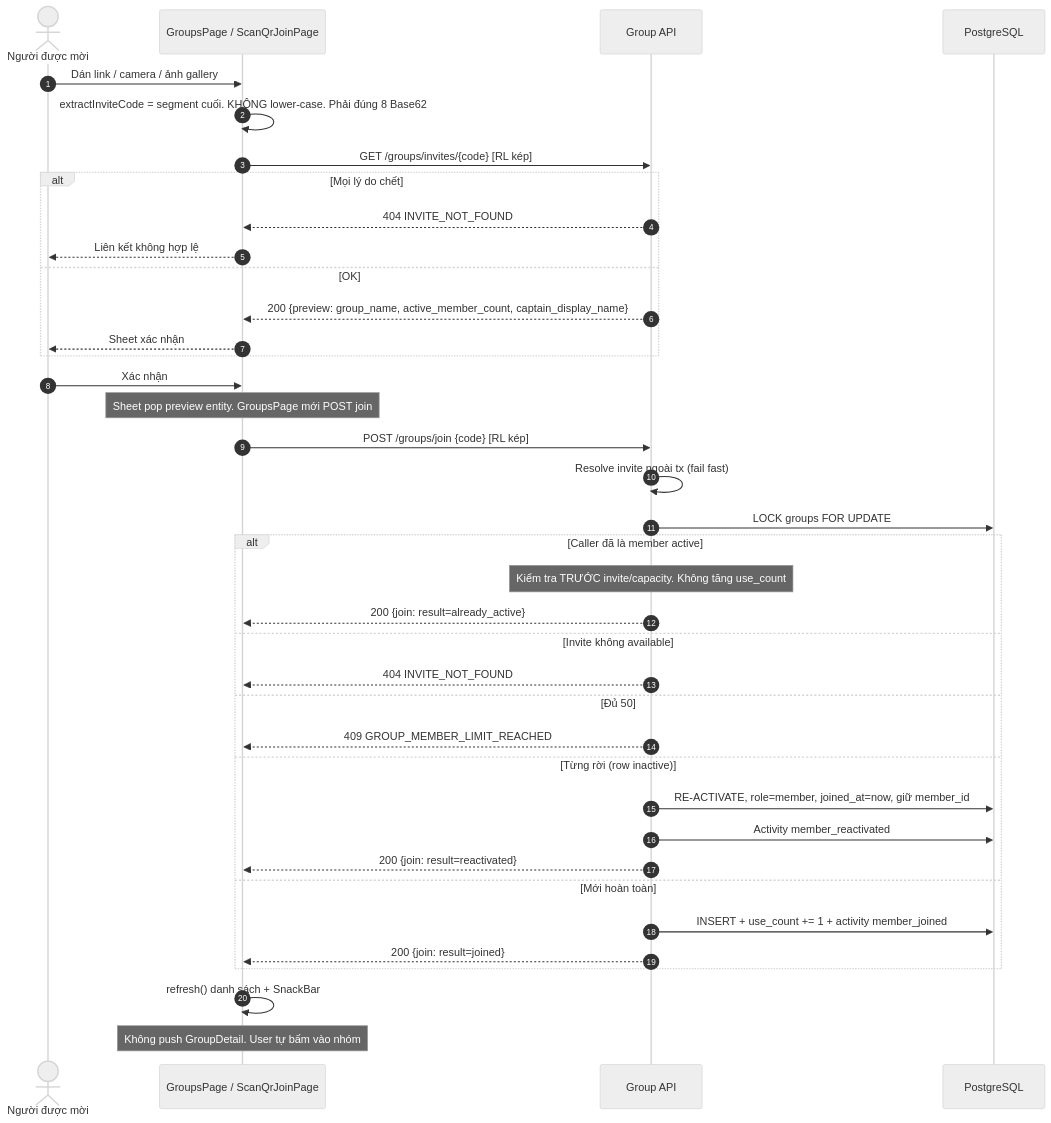
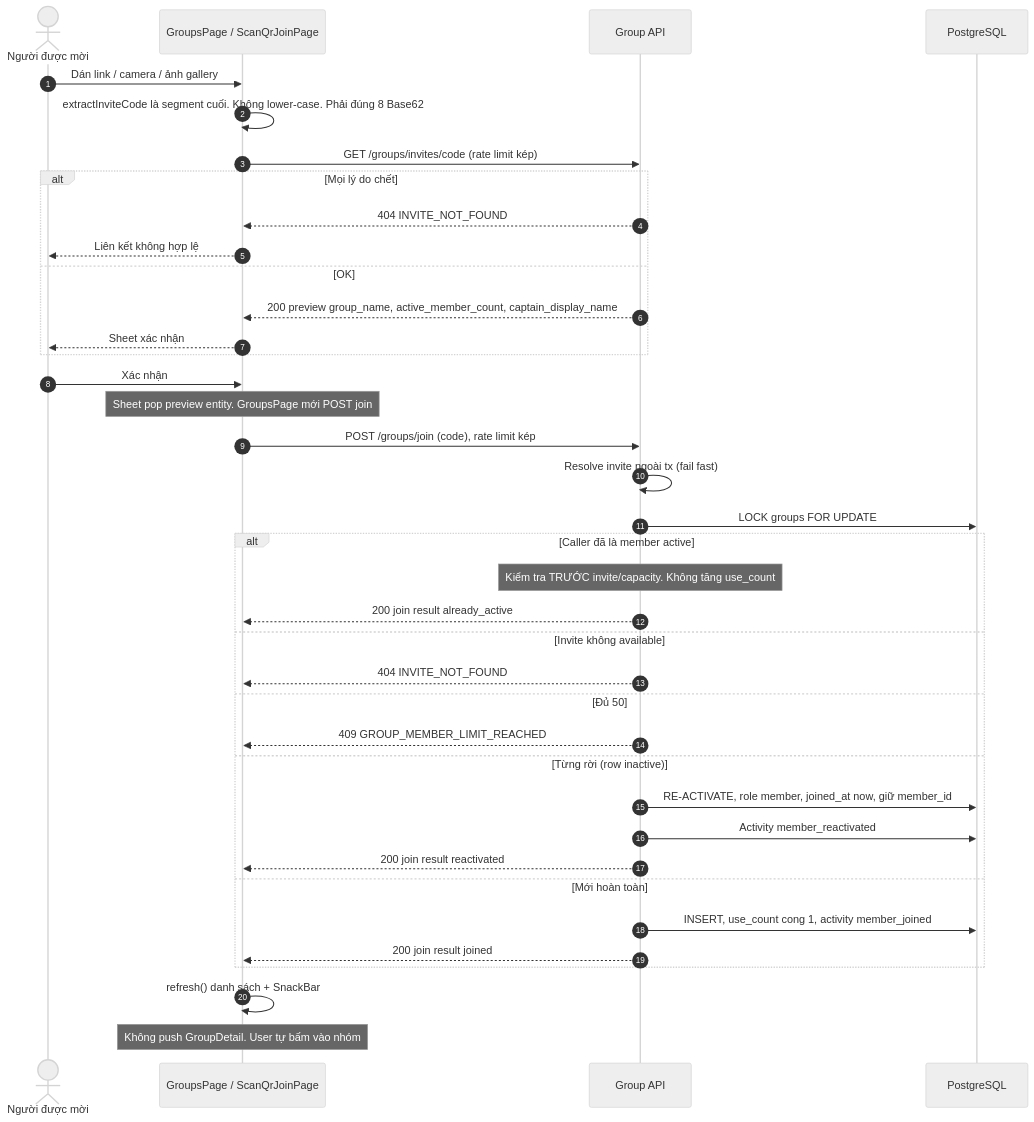
Before and after one commit to FintechVSF-Tranning/PaySplit-RP: the second of 7 diagrams in flow/02-group.md, drawn with Mermaid (neutral theme). The commit also changed other lines of this file and 7 other files, not shown here.

First line of the commit message:
Refactor notification flow and admin management documentation

````diff
--- a/flow/02-group.md
+++ b/flow/02-group.md
@@ -130,41 +140,41 @@
 ```mermaid
 sequenceDiagram
     autonumber
     actor U as Người được mời
     participant FE as GroupsPage / ScanQrJoinPage
     participant BE as Group API
     participant DB as PostgreSQL
 
     U->>FE: Dán link / camera / ảnh gallery
-    FE->>FE: extractInviteCode = segment cuối. KHÔNG lower-case. Phải đúng 8 Base62
-    FE->>BE: GET /groups/invites/{code}  [RL kép]
+    FE->>FE: extractInviteCode là segment cuối. Không lower-case. Phải đúng 8 Base62
+    FE->>BE: GET /groups/invites/code (rate limit kép)
     alt Mọi lý do chết
         BE-->>FE: 404 INVITE_NOT_FOUND
         FE-->>U: Liên kết không hợp lệ
     else OK
-        BE-->>FE: 200 {preview: group_name, active_member_count, captain_display_name}
+        BE-->>FE: 200 preview group_name, active_member_count, captain_display_name
         FE-->>U: Sheet xác nhận
     end
     U->>FE: Xác nhận
     Note over FE: Sheet pop preview entity. GroupsPage mới POST join
-    FE->>BE: POST /groups/join {code}  [RL kép]
+    FE->>BE: POST /groups/join (code), rate limit kép
     BE->>BE: Resolve invite ngoài tx (fail fast)
     BE->>DB: LOCK groups FOR UPDATE
     alt Caller đã là member active
         Note over BE: Kiểm tra TRƯỚC invite/capacity. Không tăng use_count
-        BE-->>FE: 200 {join: result=already_active}
+        BE-->>FE: 200 join result already_active
     else Invite không available
         BE-->>FE: 404 INVITE_NOT_FOUND
     else Đủ 50
         BE-->>FE: 409 GROUP_MEMBER_LIMIT_REACHED
     else Từng rời (row inactive)
-        BE->>DB: RE-ACTIVATE, role=member, joined_at=now, giữ member_id
+        BE->>DB: RE-ACTIVATE, role member, joined_at now, giữ member_id
         BE->>DB: Activity member_reactivated
-        BE-->>FE: 200 {join: result=reactivated}
+        BE-->>FE: 200 join result reactivated
     else Mới hoàn toàn
-        BE->>DB: INSERT + use_count += 1 + activity member_joined
-        BE-->>FE: 200 {join: result=joined}
+        BE->>DB: INSERT, use_count cong 1, activity member_joined
+        BE-->>FE: 200 join result joined
     end
     FE->>FE: refresh() danh sách + SnackBar
     Note over FE: Không push GroupDetail. User tự bấm vào nhóm
 ```
````
